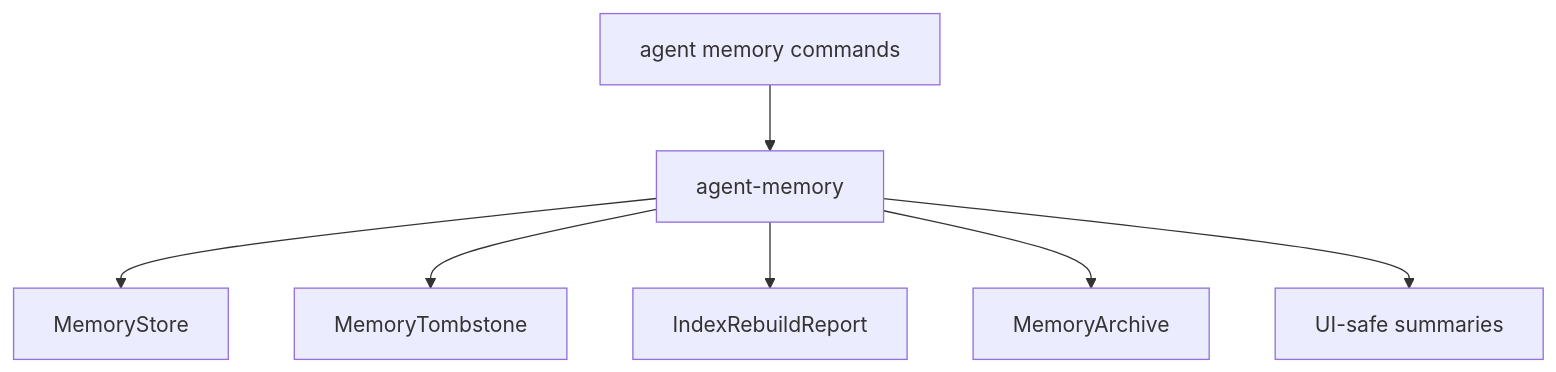
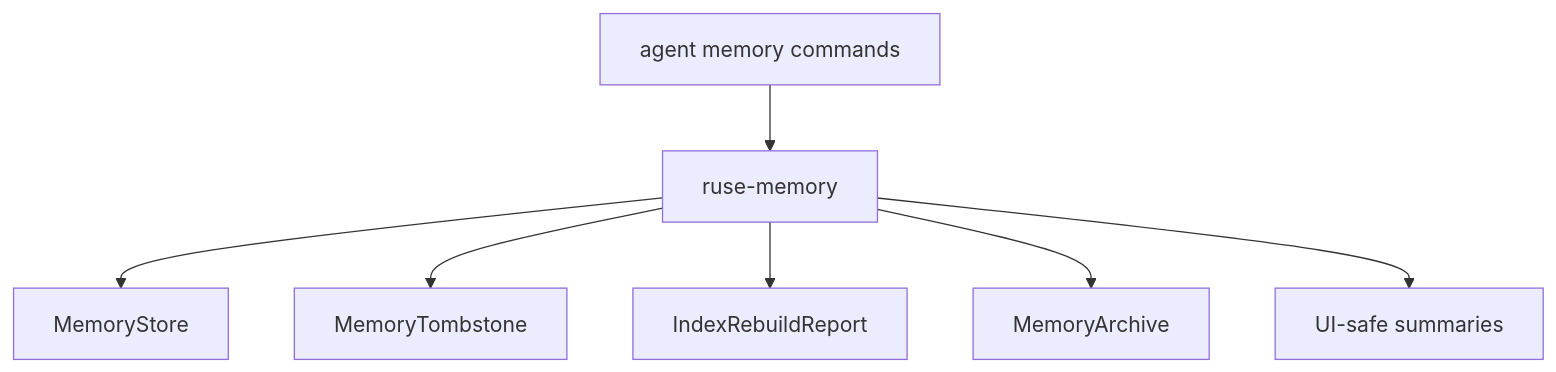
One commit to poneding/agent changed the diagram in docs/specs/M23-05-memory-editor-portability.spec.md. Above: the diagram before and after it, drawn with Mermaid. The commit also changed other lines of this file and 2091 other files, not shown here.

First line of the commit message:
refactor: rename agent branding to ruse

````diff
--- a/docs/specs/M23-05-memory-editor-portability.spec.md
+++ b/docs/specs/M23-05-memory-editor-portability.spec.md
@@ -32,9 +32,9 @@
 ```mermaid
 flowchart TD
-  CLI["agent memory commands"] --> Memory["agent-memory"]
+  CLI["agent memory commands"] --> Memory["ruse-memory"]
   Memory --> Store["MemoryStore"]
   Memory --> Tombstone["MemoryTombstone"]
   Memory --> Rebuild["IndexRebuildReport"]
   Memory --> Archive["MemoryArchive"]
   Memory --> Bridge["UI-safe summaries"]
 ```
````
